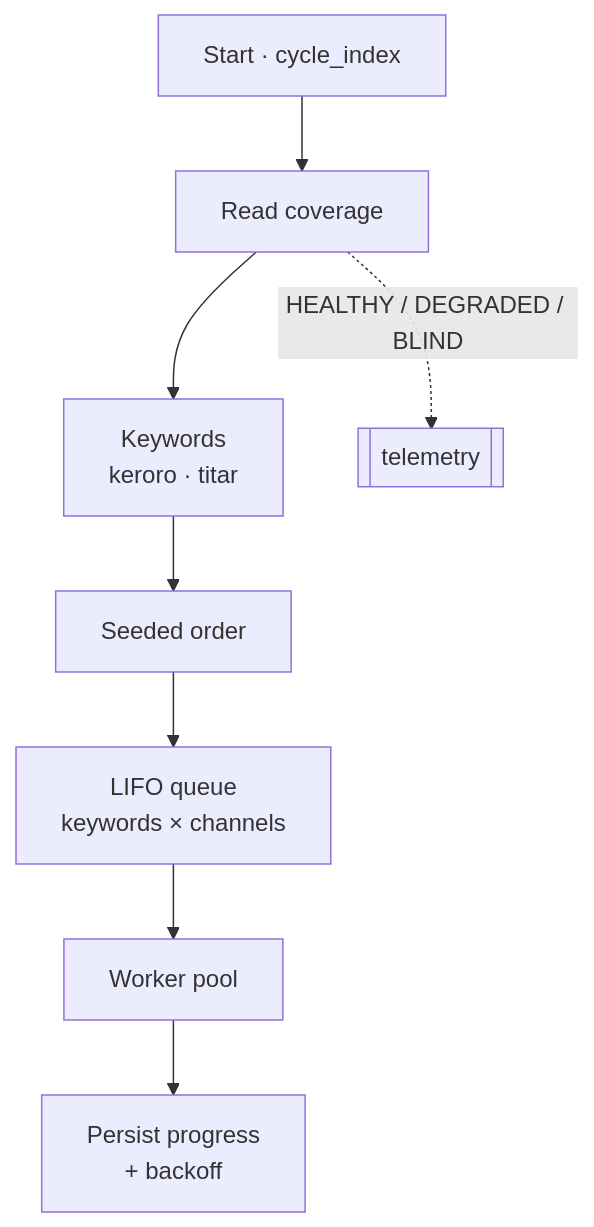
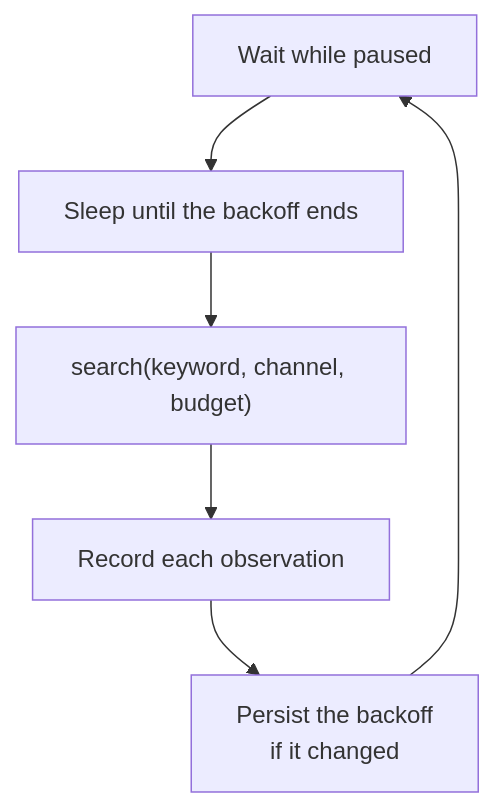
Before and after one commit to mission-titar/mulewatch: the fifth of 10 diagrams in docs/contributing/architecture.md, drawn with Mermaid. The commit also changed other lines of this file and 12 other files, not shown here.

````diff
--- a/docs/contributing/architecture.md
+++ b/docs/contributing/architecture.md
@@ -165,13 +166,10 @@
 ```mermaid
 flowchart TD
-  start["Start · cycle_index"]
-  cov["Read coverage"]
-  kw["Keywords<br/>keroro · titar"]
-  shuf["Seeded order"]
-  q["LIFO queue<br/>keywords × channels"]
-  pool["Worker pool"]
-  persist["Persist progress<br/>+ backoff"]
+  gate["Wait while paused"]
+  backoff["Sleep until the backoff ends"]
+  search["search(keyword, channel, budget)"]
+  record["Record each observation"]
+  persist["Persist the backoff<br/>if it changed"]
 
-  start --> cov --> kw --> shuf --> q --> pool --> persist
-  cov -. "HEALTHY / DEGRADED / BLIND" .-> tel[["telemetry"]]
+  gate --> backoff --> search --> record --> persist --> gate
 ```
````
